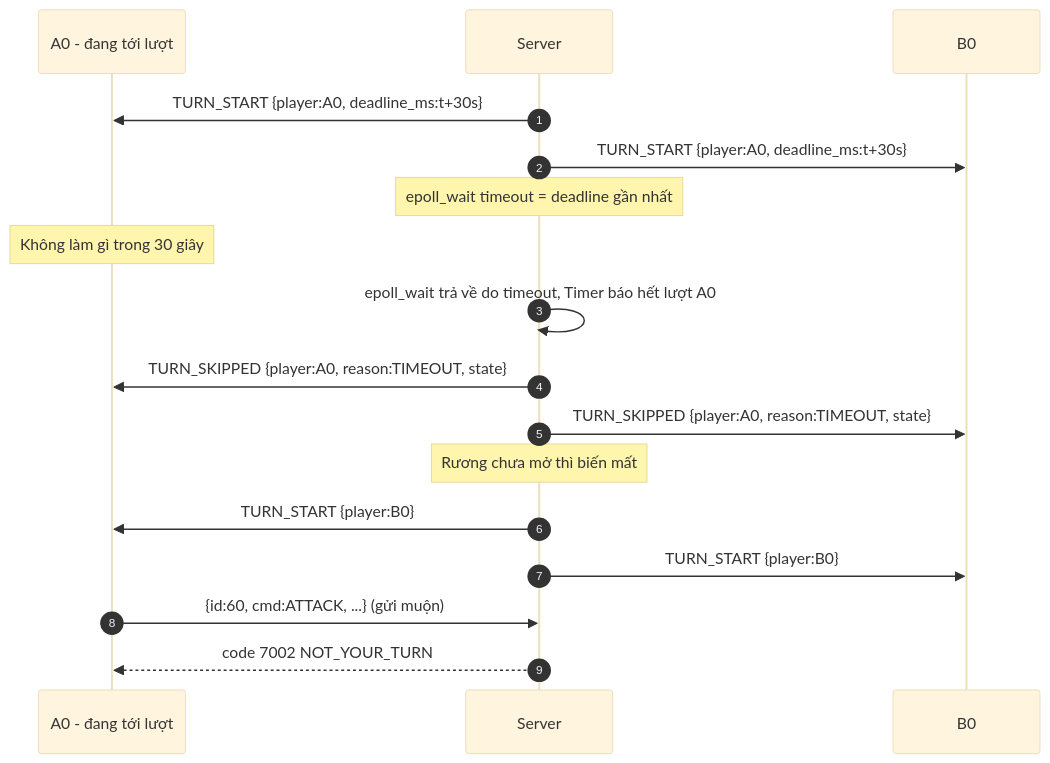
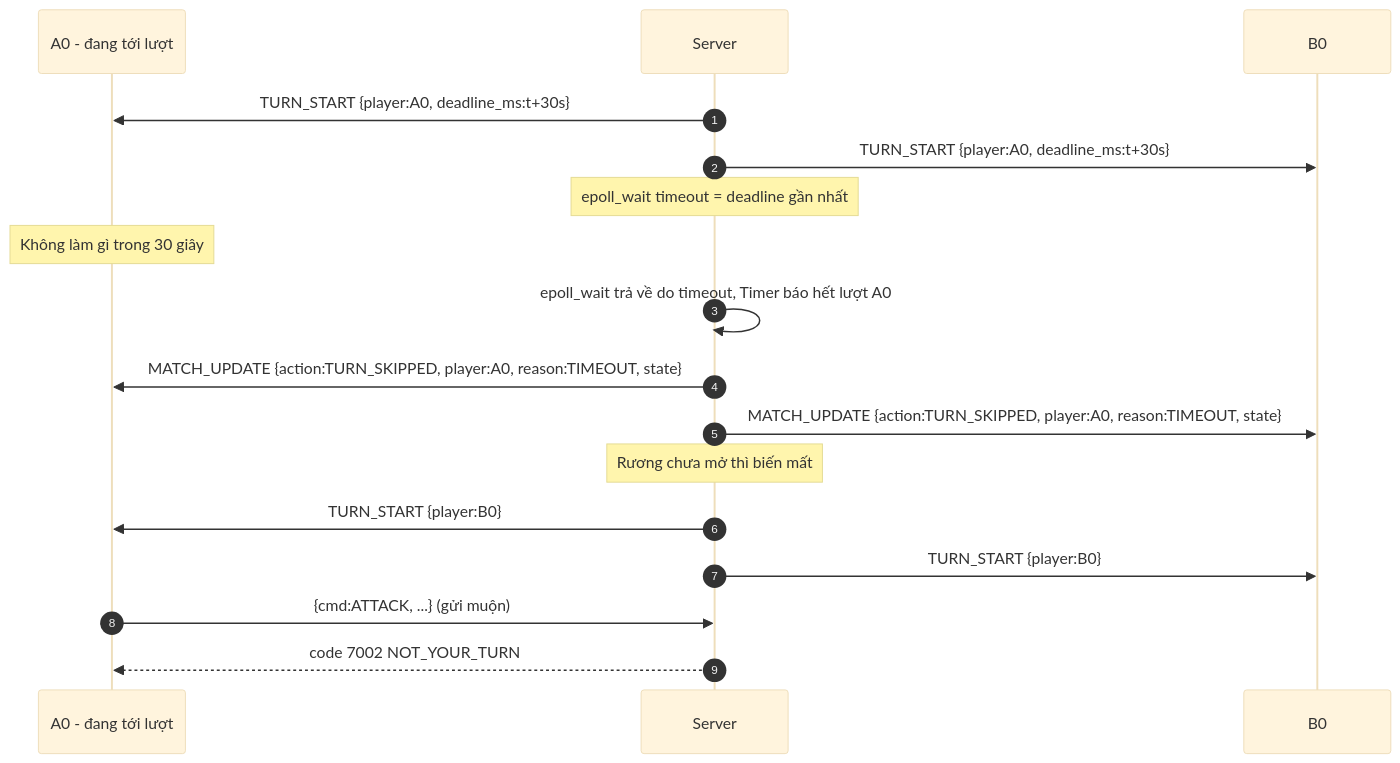
Before and after one commit to dson19/network: the diagram in Project/docs/design/diagrams/sequence/20-timeout-turn.md, drawn with Mermaid (base theme). The commit also changed 24 other files, not shown here.

First line of the commit message:
Project: user_id identity, MATCH_UPDATE event, gun slots, PLAYER_LIST; rewrite report tables

````diff
--- a/Project/docs/design/diagrams/sequence/20-timeout-turn.md
+++ b/Project/docs/design/diagrams/sequence/20-timeout-turn.md
@@ -5,20 +5,20 @@
 ```mermaid
 sequenceDiagram
     autonumber
     participant A as A0 - đang tới lượt
     participant S as Server
     participant B as B0
 
     S->>A: TURN_START {player:A0, deadline_ms:t+30s}
     S->>B: TURN_START {player:A0, deadline_ms:t+30s}
     Note over S: epoll_wait timeout = deadline gần nhất
     Note over A: Không làm gì trong 30 giây
     S->>S: epoll_wait trả về do timeout, Timer báo hết lượt A0
-    S->>A: TURN_SKIPPED {player:A0, reason:TIMEOUT, state}
-    S->>B: TURN_SKIPPED {player:A0, reason:TIMEOUT, state}
+    S->>A: MATCH_UPDATE {action:TURN_SKIPPED, player:A0, reason:TIMEOUT, state}
+    S->>B: MATCH_UPDATE {action:TURN_SKIPPED, player:A0, reason:TIMEOUT, state}
     Note over S: Rương chưa mở thì biến mất
     S->>A: TURN_START {player:B0}
     S->>B: TURN_START {player:B0}
-    A->>S: {id:60, cmd:ATTACK, ...} (gửi muộn)
+    A->>S: {cmd:ATTACK, ...} (gửi muộn)
     S-->>A: code 7002 NOT_YOUR_TURN
 ```
````
